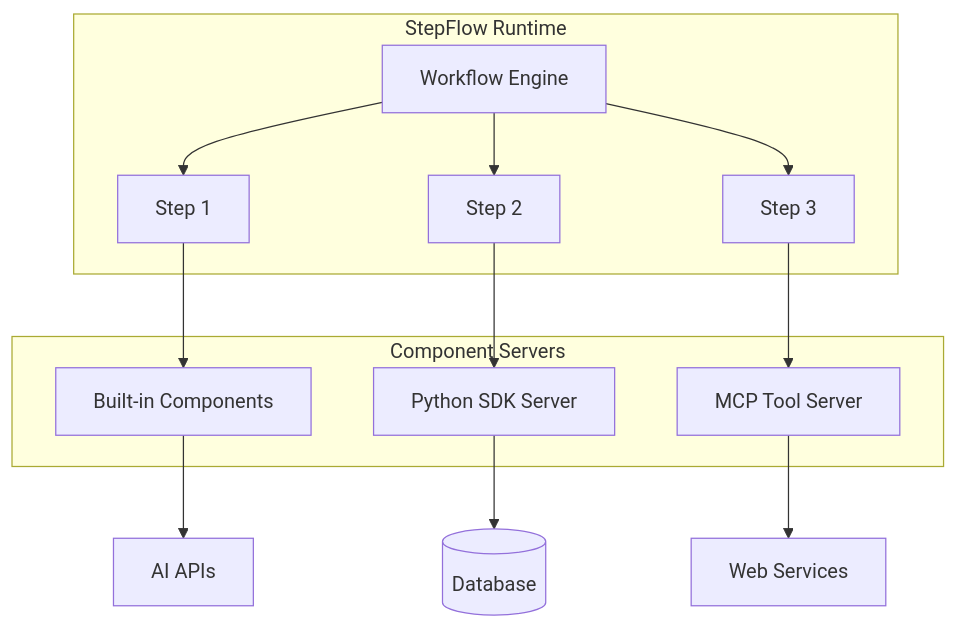
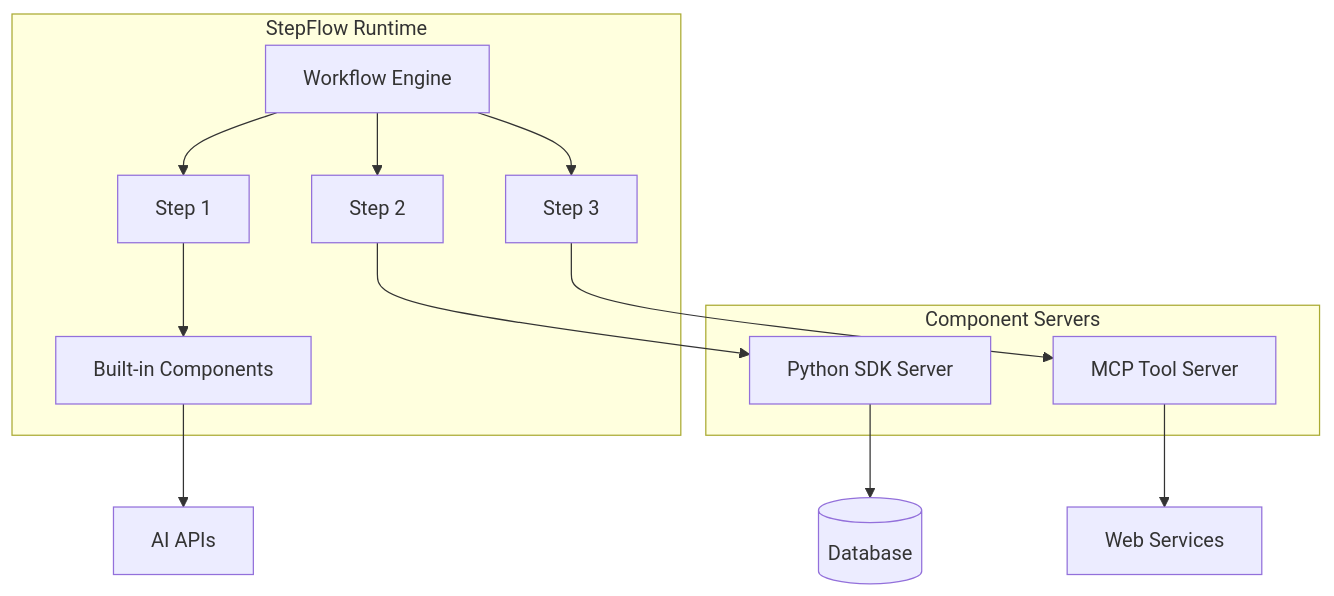
The diagram in docs/docs/components/index.md (stepflow-ai/stepflow), drawn with Mermaid before and after one commit. The commit also changed other lines of this file and 42 other files, not shown here.

````diff
--- a/docs/docs/components/index.md
+++ b/docs/docs/components/index.md
@@ -20,23 +60,24 @@
 ```mermaid
 flowchart TB
     subgraph "StepFlow Runtime"
         W[Workflow Engine]
         S1[Step 1]
         S2[Step 2]
         S3[Step 3]
+
+        B[Built-in Components]
     end
 
     subgraph "Component Servers"
-        CS1[Built-in Components]
-        CS2[Python SDK Server]
-        CS3[MCP Tool Server]
+        CSP[Python SDK Server]
+        CSM[MCP Tool Server]
     end
 
-    W --> S1 --> CS1
-    W --> S2 --> CS2
-    W --> S3 --> CS3
+    W --> S1 --> B
+    W --> S2 --> CSP
+    W --> S3 --> CSM
 
-    CS1 --> AI[AI APIs]
-    CS2 --> DB[(Database)]
-    CS3 --> WEB[Web Services]
+    B --> AI[AI APIs]
+    CSP --> DB[(Database)]
+    CSM --> WEB[Web Services]
 ```
````
